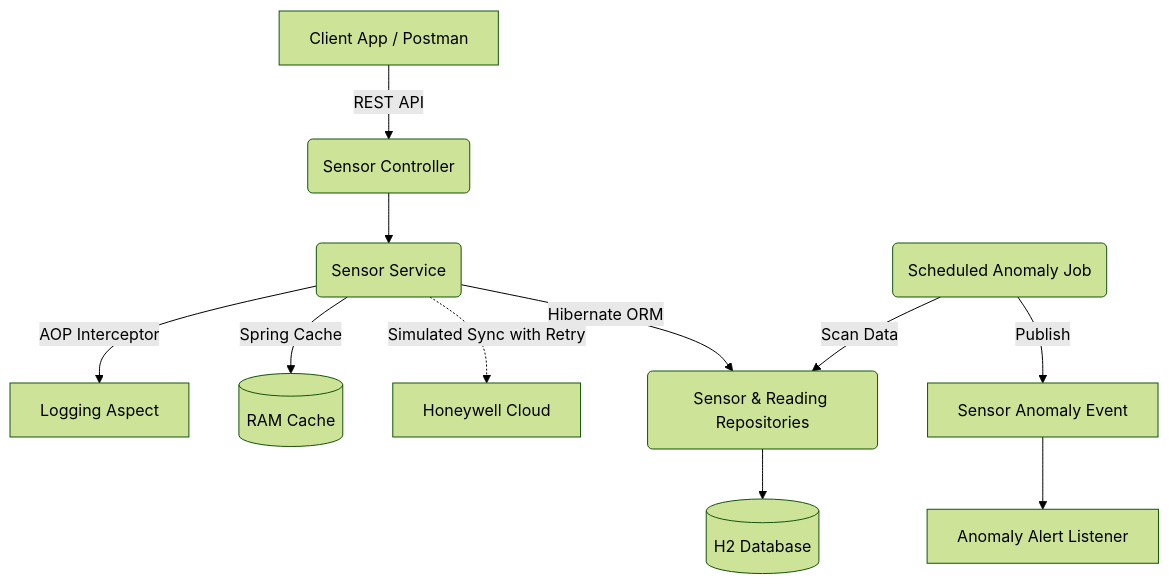
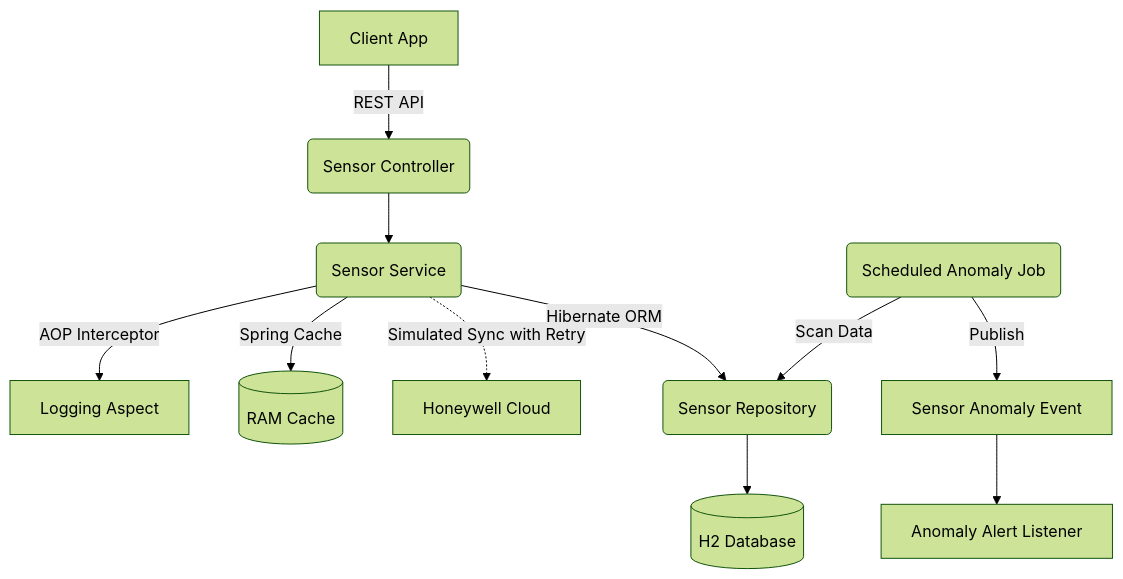
One commit to mayankdl03/Smart-building changed the diagram in README.md. Above: the diagram before and after it, drawn with Mermaid (forest theme). The commit also changed other lines of this file, not shown here.

Commit message:
Add image placeholders and restructure README for architectural diagrams

````diff
--- a/README.md
+++ b/README.md
@@ -14,16 +18,13 @@
 ```mermaid
 graph TD
-    Client[Client App / Postman] -->|REST API| Controller(Sensor Controller)
+    Client[Client App] -->|REST API| Controller(Sensor Controller)
     Controller --> Service(Sensor Service)
-    
     Service -->|AOP Interceptor| Profiler[Logging Aspect]
     Service -->|Spring Cache| Cache[(RAM Cache)]
     Service -.->|Simulated Sync with Retry| Cloud[Honeywell Cloud]
-    
-    Service -->|Hibernate ORM| Repo(Sensor & Reading Repositories)
+    Service -->|Hibernate ORM| Repo(Sensor Repository)
     Repo --> DB[(H2 Database)]
-    
     Job(Scheduled Anomaly Job) -->|Scan Data| Repo
     Job -->|Publish| Event[Sensor Anomaly Event]
     Event --> Listener[Anomaly Alert Listener]
 ```
````
